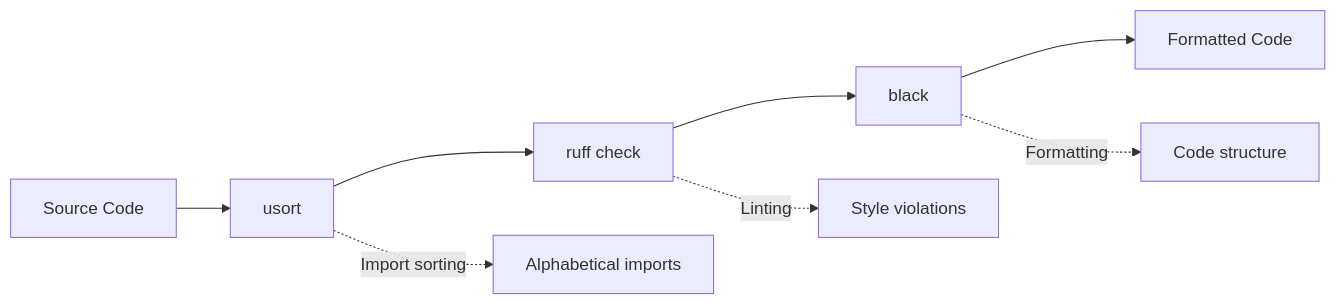
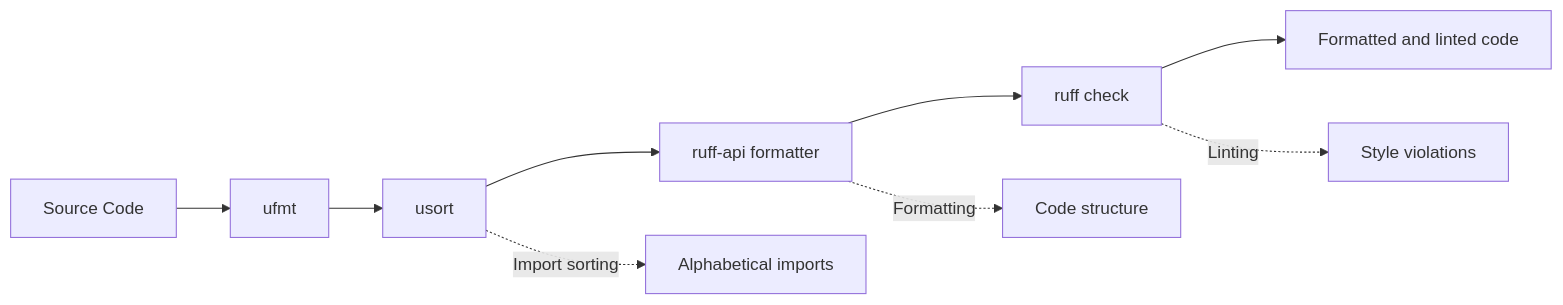
Before and after one commit to meta-pytorch/tritonparse: the diagram in docs/05.-Code-Formatting.md, drawn with Mermaid. The commit also changed other lines of this file and 5 other files, not shown here.

````diff
--- a/docs/05.-Code-Formatting.md
+++ b/docs/05.-Code-Formatting.md
@@ -15,11 +16,12 @@
 ```mermaid
 graph LR
-    A[Source Code] --> B[usort]
-    B --> C[ruff check]
-    C --> D[black]
-    D --> E[Formatted Code]
+    A[Source Code] --> B[ufmt]
+    B --> C[usort]
+    C --> D[ruff-api formatter]
+    D --> E[ruff check]
+    E --> F[Formatted and linted code]
 
-    B -.->|Import sorting| B1[Alphabetical imports]
-    C -.->|Linting| C1[Style violations]
+    C -.->|Import sorting| C1[Alphabetical imports]
     D -.->|Formatting| D1[Code structure]
+    E -.->|Linting| E1[Style violations]
 ```
````
